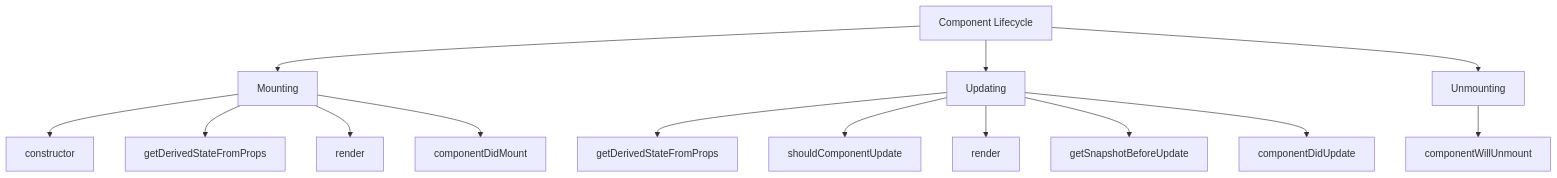
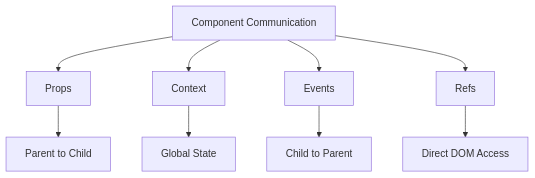
The third of 3 diagrams in apps/fe-docs/pages/interview/react/2-components-and-lifecycle.mdx (KRISACHAN/ying-web), drawn with Mermaid before and after one commit. The commit also changed other lines of this file and 12 other files, not shown here.

````diff
--- a/apps/fe-docs/pages/interview/react/2-components-and-lifecycle.mdx
+++ b/apps/fe-docs/pages/interview/react/2-components-and-lifecycle.mdx
@@ -147,16 +200,11 @@
 ```mermaid
 graph TD
-    A[Component Lifecycle] --> B[Mounting]
-    A --> C[Updating]
-    A --> D[Unmounting]
-    B --> E[constructor]
-    B --> F[getDerivedStateFromProps]
-    B --> G[render]
-    B --> H[componentDidMount]
-    C --> I[getDerivedStateFromProps]
-    C --> J[shouldComponentUpdate]
-    C --> K[render]
-    C --> L[getSnapshotBeforeUpdate]
-    C --> M[componentDidUpdate]
-    D --> N[componentWillUnmount]
+    A[Component Communication] --> B[Props]
+    A --> C[Context]
+    A --> D[Events]
+    A --> E[Refs]
+    B --> F[Parent to Child]
+    C --> G[Global State]
+    D --> H[Child to Parent]
+    E --> I[Direct DOM Access]
 ```
````
